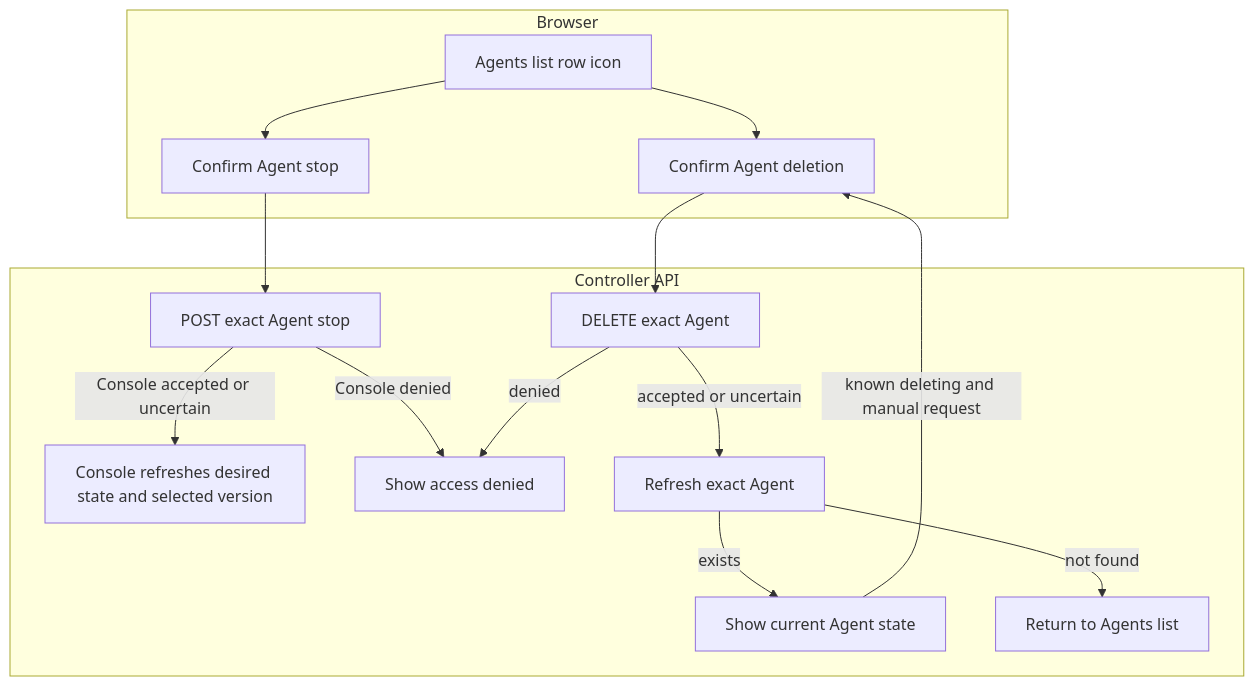
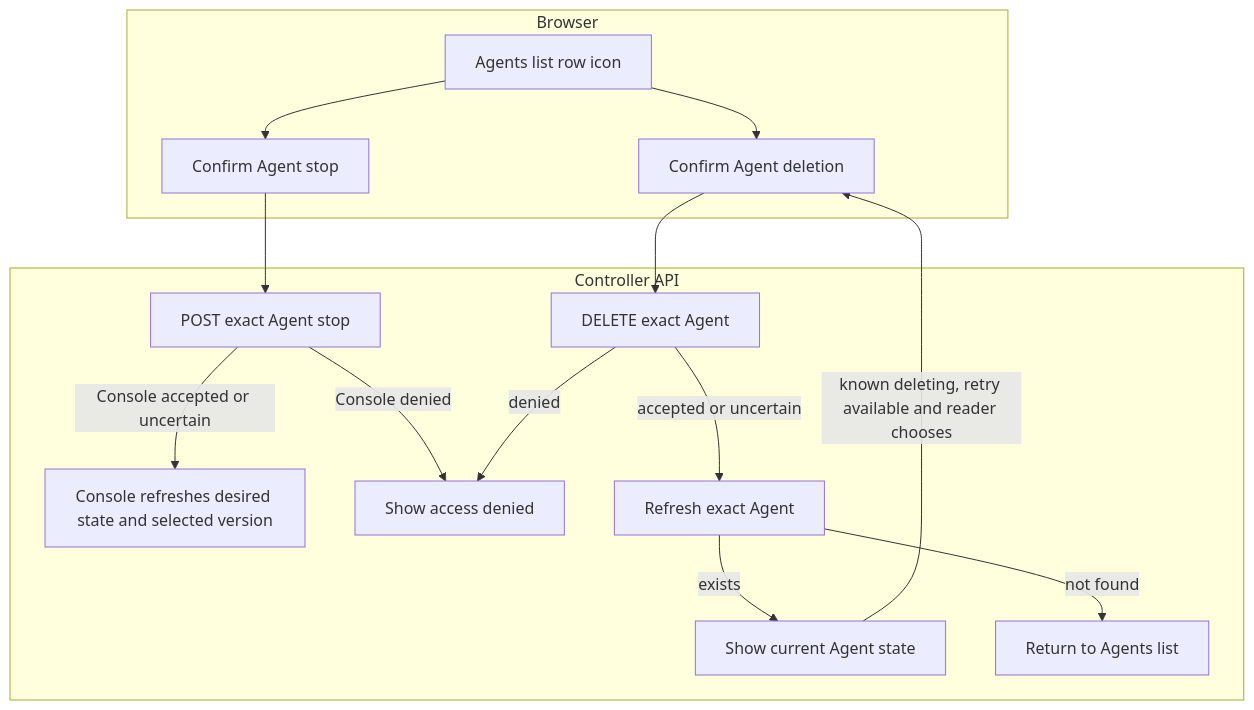
Before and after one commit to openclaw/openclaw-enterprise: the first of 2 diagrams in docs/flows/platform-console/agent-stop-and-deletion.md, drawn with Mermaid. The commit also changed other lines of this file and 4 other files, not shown here.

````diff
--- a/docs/flows/platform-console/agent-stop-and-deletion.md
+++ b/docs/flows/platform-console/agent-stop-and-deletion.md
@@ -25,20 +25,20 @@
 ```mermaid
 graph TD
   subgraph Browser["Browser"]
     E["Confirm Agent deletion"]
     S["Confirm Agent stop"]
     L["Agents list row icon"] --> E
     L --> S
   end
   subgraph API["Controller API"]
     E --> G["DELETE exact Agent"]
     S --> T["POST exact Agent stop"]
     T -->|Console accepted or uncertain| U["Console refreshes desired state and selected version"]
     T -->|Console denied| I
     G -->|accepted or uncertain| H["Refresh exact Agent"]
     G -->|denied| I["Show access denied"]
     H -->|exists| J["Show current Agent state"]
-    J -->|known deleting and manual request| E
+    J -->|known deleting, retry available and reader chooses| E
     H -->|not found| K["Return to Agents list"]
   end
 ```
````
